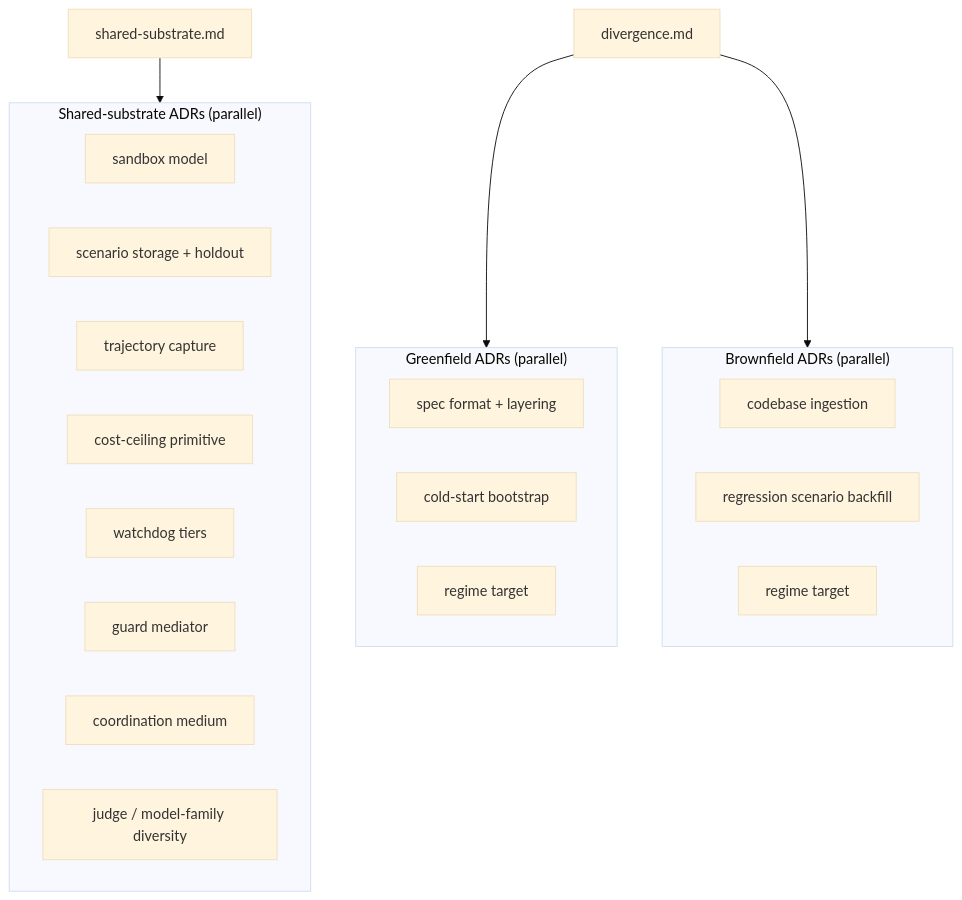
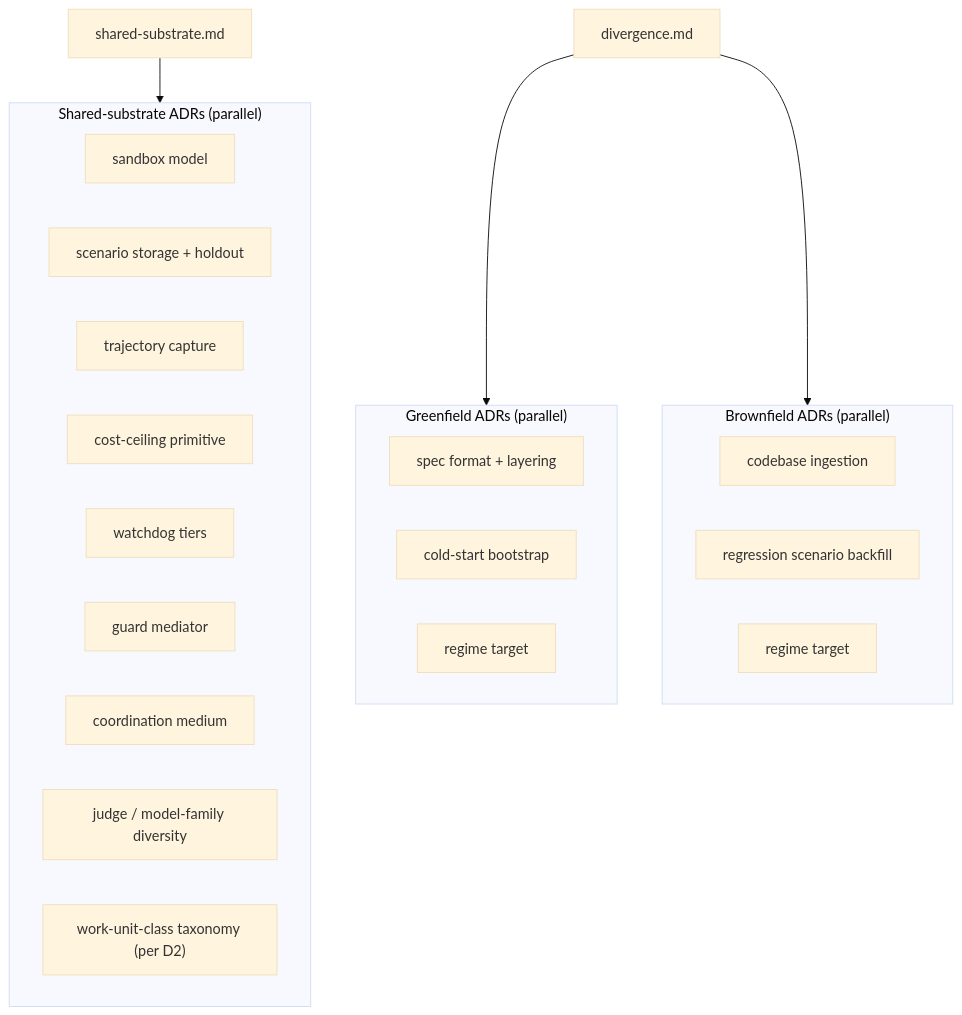
The sixth of 8 diagrams in ARCHITECTURE-V3-SYNTHESIS-PLAN.md (lago-morph/software-factory), drawn with Mermaid (base theme) before and after one commit. The commit also changed other lines of this file and 2 other files, not shown here.

````diff
--- a/ARCHITECTURE-V3-SYNTHESIS-PLAN.md
+++ b/ARCHITECTURE-V3-SYNTHESIS-PLAN.md
@@ -257,25 +287,26 @@
 ```mermaid
 flowchart TB
     SHARED["shared-substrate.md"] --> SHARED_ADRS
     DIVERGE["divergence.md"] --> GF_ADRS & BF_ADRS
     subgraph SHARED_ADRS["Shared-substrate ADRs (parallel)"]
         S1["sandbox model"]
         S2["scenario storage + holdout"]
         S3["trajectory capture"]
         S4["cost-ceiling primitive"]
         S5["watchdog tiers"]
         S6["guard mediator"]
         S7["coordination medium"]
         S8["judge / model-family diversity"]
+        S9["work-unit-class taxonomy (per D2)"]
     end
     subgraph GF_ADRS["Greenfield ADRs (parallel)"]
         G_A1["spec format + layering"]
         G_A2["cold-start bootstrap"]
         G_A3["regime target"]
     end
     subgraph BF_ADRS["Brownfield ADRs (parallel)"]
         B_A1["codebase ingestion"]
         B_A2["regression scenario backfill"]
         B_A3["regime target"]
     end
 ```
````
